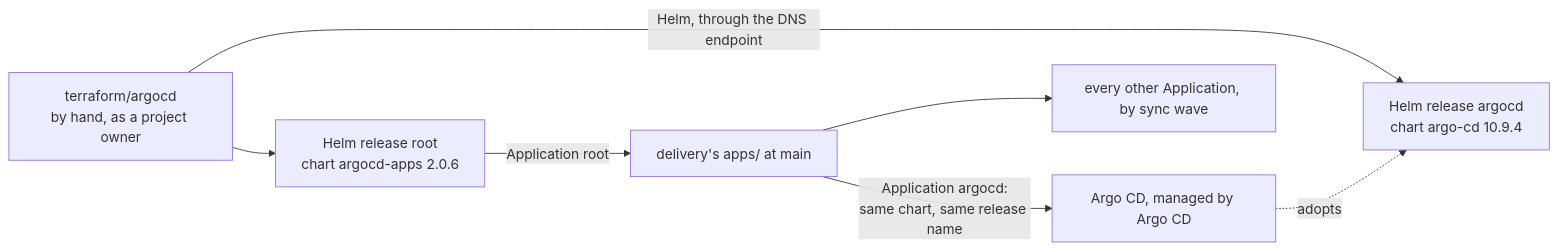
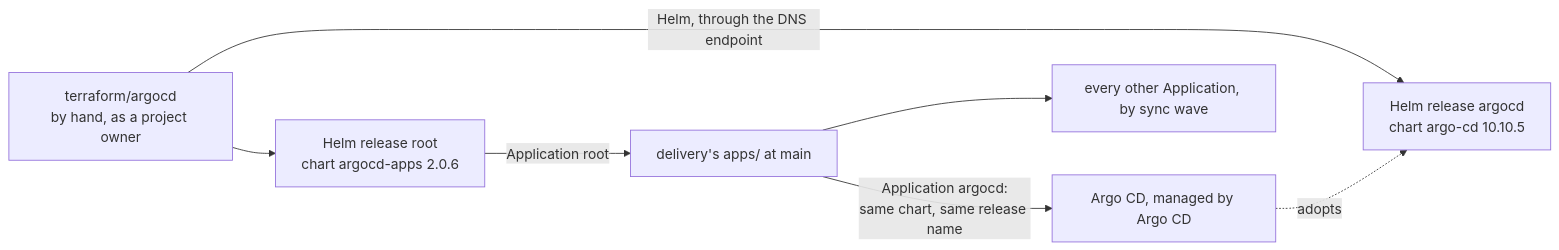
Before and after one commit to arikkfir-org/infra: the diagram in docs/infra/terraform/argocd.md, drawn with Mermaid. The commit also changed other lines of this file and 1 other file, not shown here.

Commit message:
chore(argocd): bump the bootstrap Argo CD chart to 10.10.5
The self-managed Application moves to 10.10.5; bootstrap installs the
same chart. ignore_changes = all, so this changes nothing on the
existing cluster.

Claude-Session: https://claude.ai/code/session_01HGBySxfmxs5YcsvNTHhA2a

````diff
--- a/docs/infra/terraform/argocd.md
+++ b/docs/infra/terraform/argocd.md
@@ -5,9 +5,9 @@
 ```mermaid
 flowchart LR
-  TF["terraform/argocd<br/>by hand, as a project owner"] -->|"Helm, through the DNS endpoint"| A["Helm release argocd<br/>chart argo-cd 10.9.4"]
+  TF["terraform/argocd<br/>by hand, as a project owner"] -->|"Helm, through the DNS endpoint"| A["Helm release argocd<br/>chart argo-cd 10.10.5"]
   TF --> R["Helm release root<br/>chart argocd-apps 2.0.6"]
   R -->|"Application root"| D["delivery's apps/ at main"]
   D -->|"Application argocd:<br/>same chart, same release name"| A2["Argo CD, managed by Argo CD"]
   A2 -. "adopts" .-> A
   D --> REST["every other Application, by sync wave"]
 ```
````
